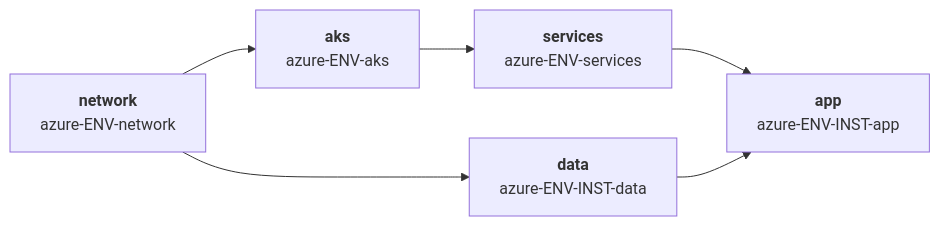
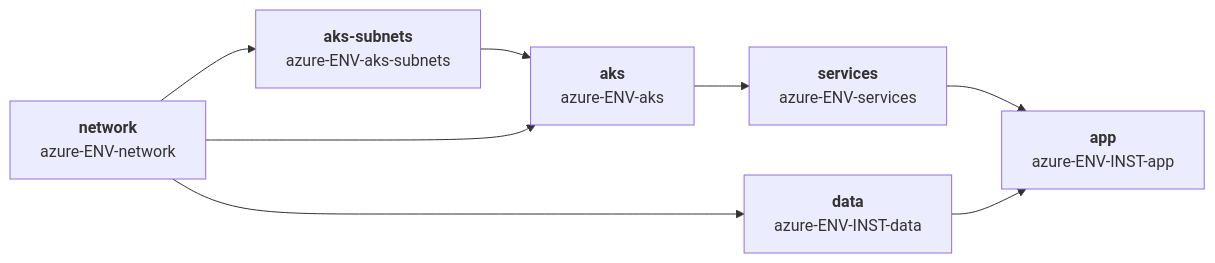
One commit to aescanero/proposal_documents changed the seventh of 11 diagrams in docs/en/terramate-outputs-sharing-architecture.md. Above: the diagram before and after it, drawn with Mermaid. The commit also changed other lines of this file and 9 other files, not shown here.

First line of the commit message:
Move the EKS and AKS guides to runtime-owned subnets (en and es)

````diff
--- a/docs/en/terramate-outputs-sharing-architecture.md
+++ b/docs/en/terramate-outputs-sharing-architecture.md
@@ -2093,8 +2099,9 @@
 ```mermaid
 graph LR
-    NET["<b>network</b><br/>azure-ENV-network"] --> AKS["<b>aks</b><br/>azure-ENV-aks"]
+    NET["<b>network</b><br/>azure-ENV-network"] --> SUB["<b>aks-subnets</b><br/>azure-ENV-aks-subnets"] --> AKS["<b>aks</b><br/>azure-ENV-aks"]
+    NET --> AKS
     NET --> DATA["<b>data</b><br/>azure-ENV-INST-data"]
     AKS --> SVC["<b>services</b><br/>azure-ENV-services"]
     SVC --> APP["<b>app</b><br/>azure-ENV-INST-app"]
     DATA --> APP
 ```
````
